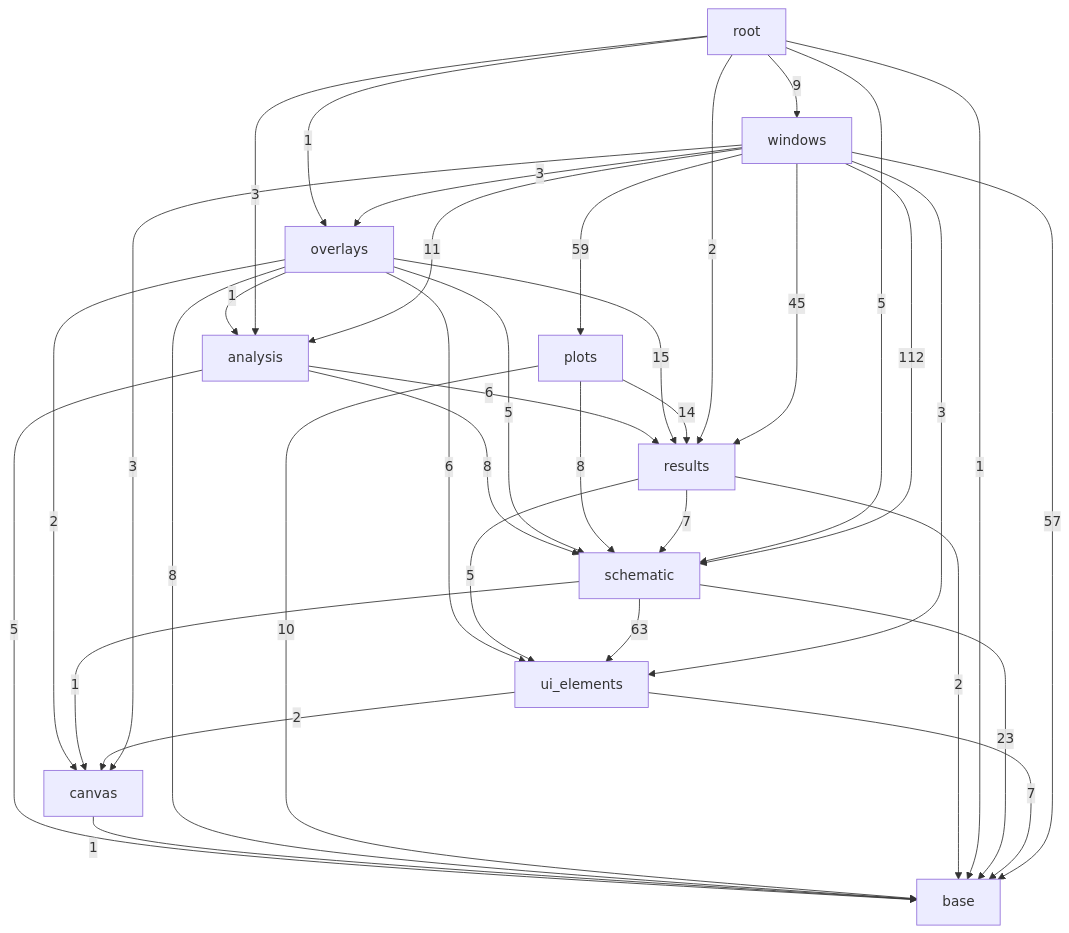
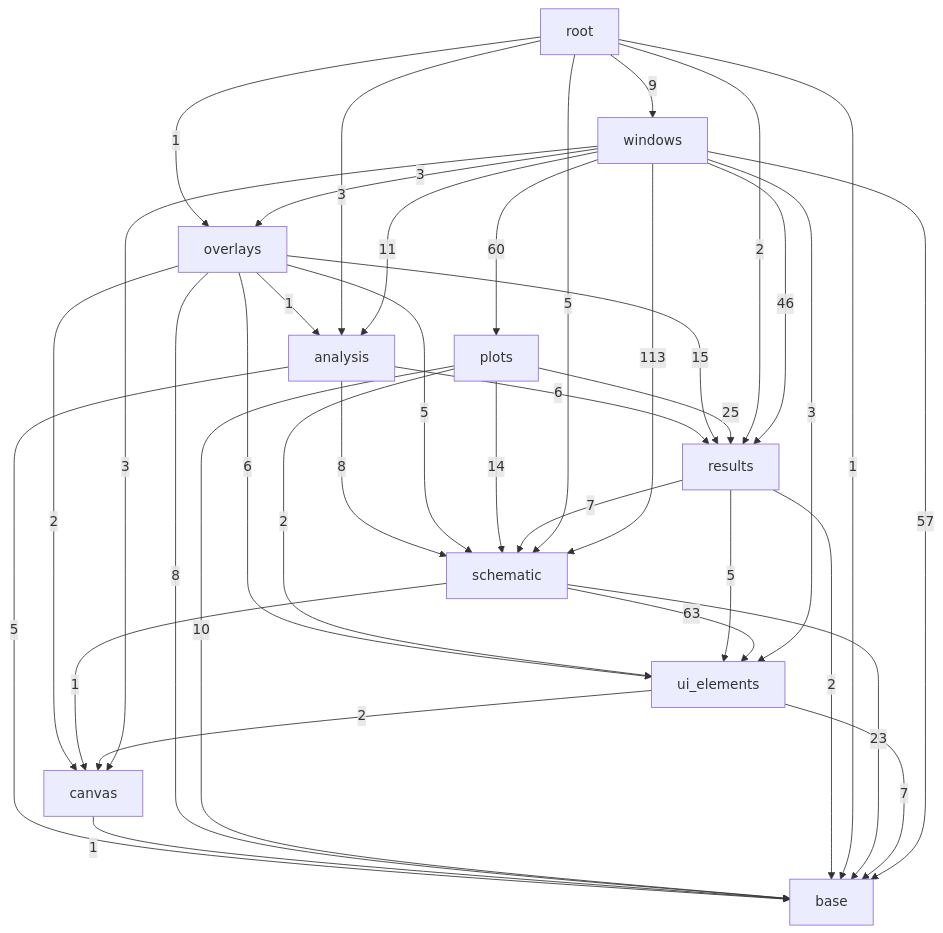
Before and after one commit to ronnymilleo/imcsim: the third of 3 diagrams in docs/architecture.md, drawn with Mermaid. The commit also changed other lines of this file, not shown here.

Commit message:
Update architecture include diagram

````diff
--- a/docs/architecture.md
+++ b/docs/architecture.md
@@ -56,48 +56,49 @@
 ```mermaid
 flowchart TD
     app_gui_base[base]
     app_gui_canvas[canvas]
     app_gui_ui_elements[ui_elements]
     app_gui_schematic[schematic]
     app_gui_results[results]
     app_gui_analysis[analysis]
     app_gui_plots[plots]
     app_gui_overlays[overlays]
     app_gui_windows[windows]
     app_gui_root[root]
     app_gui_analysis -->|5| app_gui_base
     app_gui_analysis -->|6| app_gui_results
     app_gui_analysis -->|8| app_gui_schematic
     app_gui_canvas -->|1| app_gui_base
     app_gui_overlays -->|1| app_gui_analysis
     app_gui_overlays -->|8| app_gui_base
     app_gui_overlays -->|2| app_gui_canvas
     app_gui_overlays -->|15| app_gui_results
     app_gui_overlays -->|5| app_gui_schematic
     app_gui_overlays -->|6| app_gui_ui_elements
     app_gui_plots -->|10| app_gui_base
-    app_gui_plots -->|14| app_gui_results
-    app_gui_plots -->|8| app_gui_schematic
+    app_gui_plots -->|25| app_gui_results
+    app_gui_plots -->|14| app_gui_schematic
+    app_gui_plots -->|2| app_gui_ui_elements
     app_gui_results -->|2| app_gui_base
     app_gui_results -->|7| app_gui_schematic
     app_gui_results -->|5| app_gui_ui_elements
     app_gui_root -->|3| app_gui_analysis
     app_gui_root -->|1| app_gui_base
     app_gui_root -->|1| app_gui_overlays
     app_gui_root -->|2| app_gui_results
     app_gui_root -->|5| app_gui_schematic
     app_gui_root -->|9| app_gui_windows
     app_gui_schematic -->|23| app_gui_base
     app_gui_schematic -->|1| app_gui_canvas
     app_gui_schematic -->|63| app_gui_ui_elements
     app_gui_ui_elements -->|7| app_gui_base
     app_gui_ui_elements -->|2| app_gui_canvas
     app_gui_windows -->|11| app_gui_analysis
     app_gui_windows -->|57| app_gui_base
     app_gui_windows -->|3| app_gui_canvas
     app_gui_windows -->|3| app_gui_overlays
-    app_gui_windows -->|59| app_gui_plots
-    app_gui_windows -->|45| app_gui_results
-    app_gui_windows -->|112| app_gui_schematic
+    app_gui_windows -->|60| app_gui_plots
+    app_gui_windows -->|46| app_gui_results
+    app_gui_windows -->|113| app_gui_schematic
     app_gui_windows -->|3| app_gui_ui_elements
 ```
````
